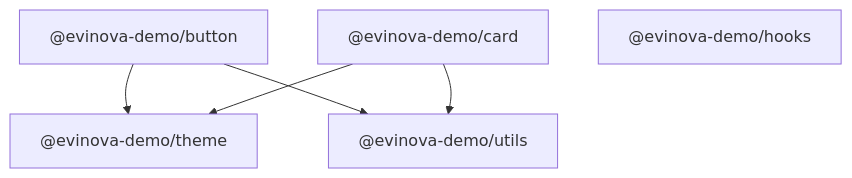
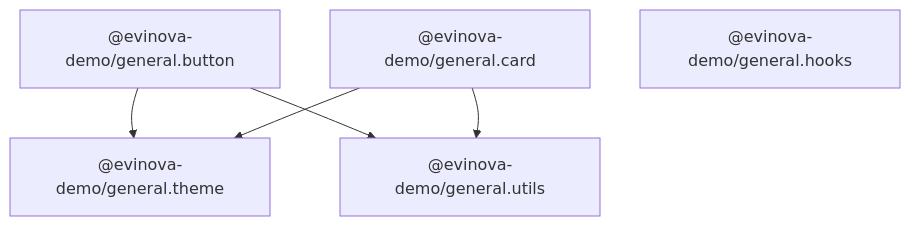
One commit to teambit/pnpm-monorepo-packages-demo changed the diagram in README.md. Above: the diagram before and after it, drawn with Mermaid. The commit also changed other lines of this file and 16 other files, not shown here.

````diff
--- a/README.md
+++ b/README.md
@@ -35,8 +35,8 @@
 ```mermaid
 graph TD
-    button["@evinova-demo/button"] --> theme["@evinova-demo/theme"]
-    button --> utils["@evinova-demo/utils"]
-    card["@evinova-demo/card"] --> theme
+    button["@evinova-demo/general.button"] --> theme["@evinova-demo/general.theme"]
+    button --> utils["@evinova-demo/general.utils"]
+    card["@evinova-demo/general.card"] --> theme
     card --> utils
-    hooks["@evinova-demo/hooks"]
+    hooks["@evinova-demo/general.hooks"]
 ```
````
